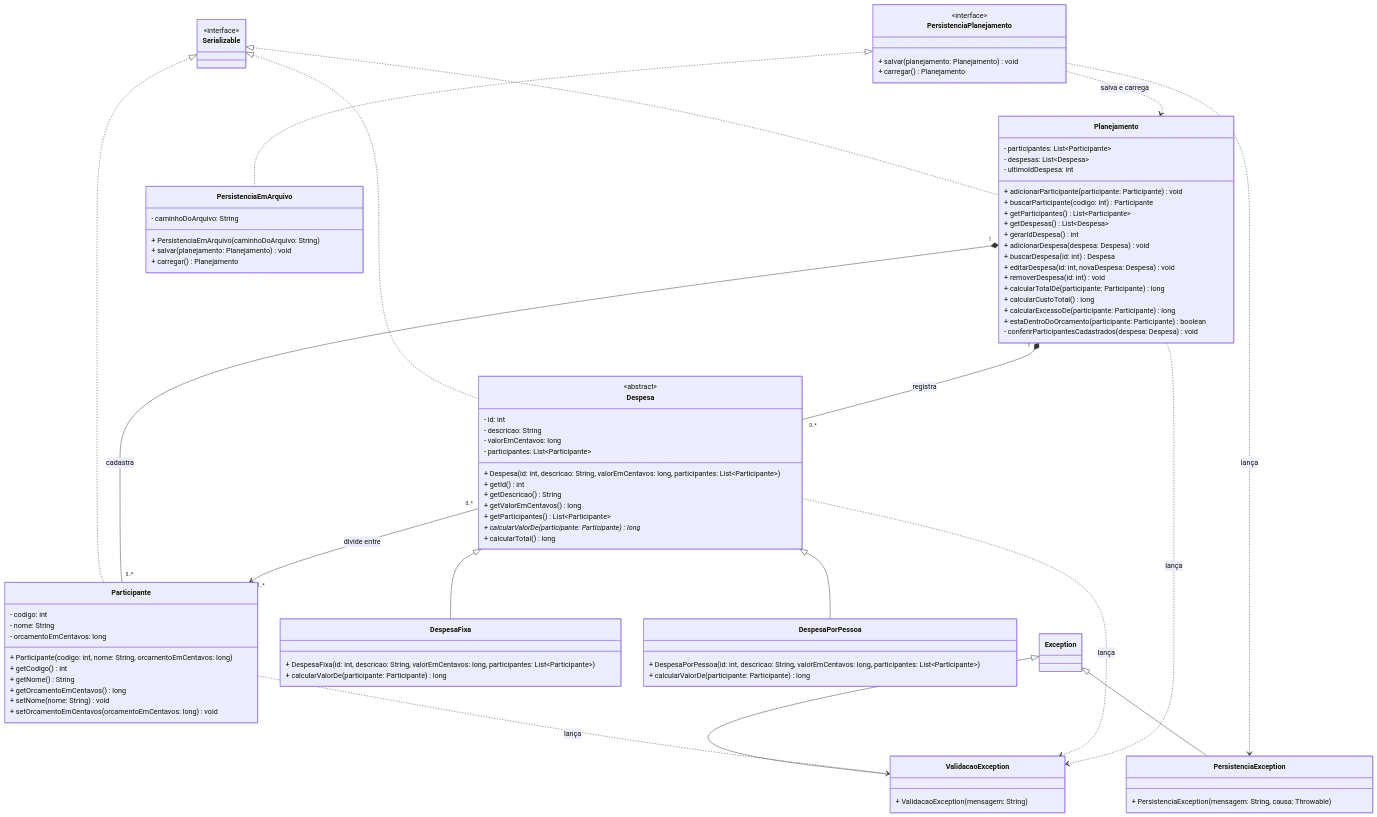
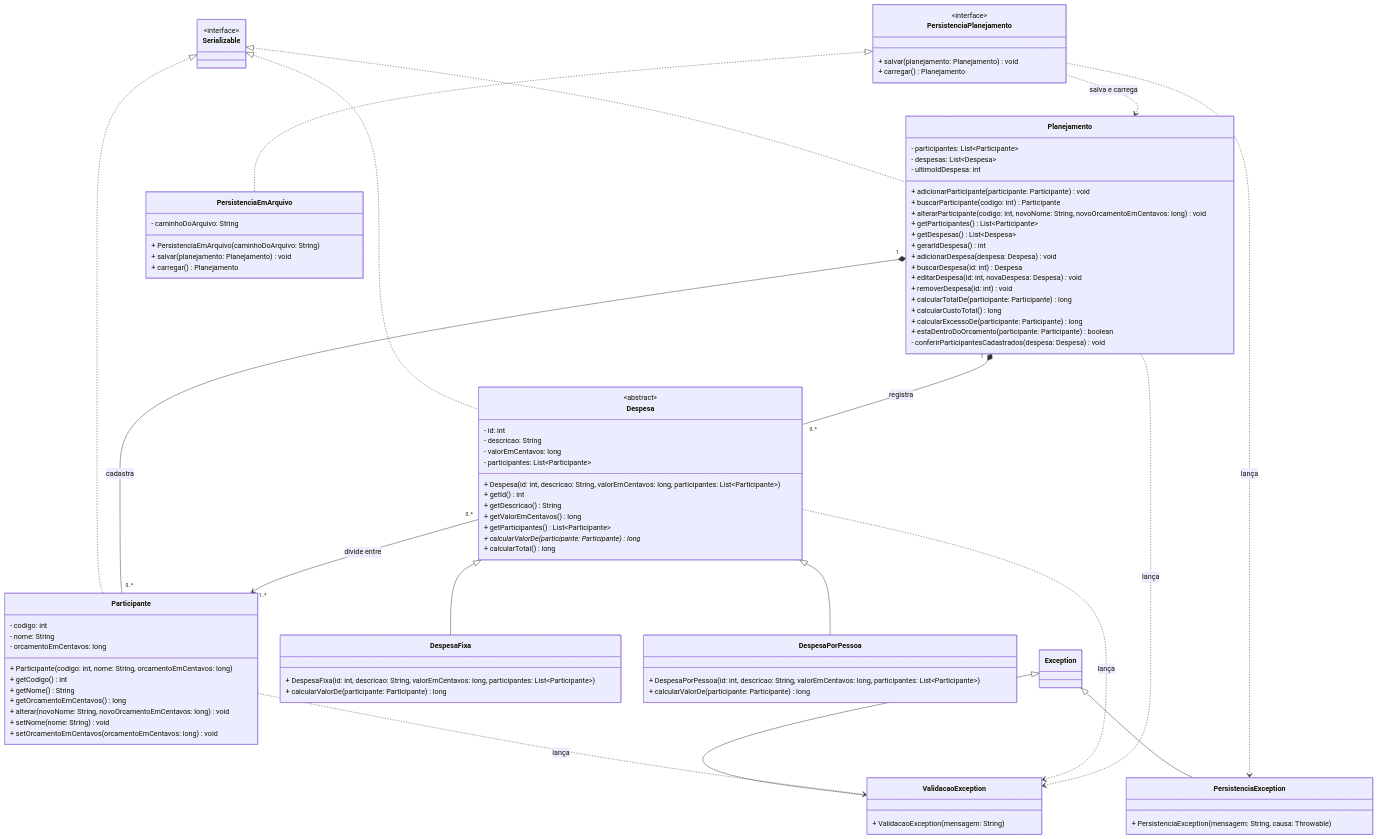
Before and after one commit to samuelbatista/unifor-poo-gestor-financas: the diagram in docs/uml.md, drawn with Mermaid. The commit also changed 3 other files, not shown here.

Commit message:
fix: alterar participante com nome e orçamento juntos (tudo ou nada)

```diff
--- a/docs/uml.md
+++ b/docs/uml.md
@@ -20,7 +20,7 @@
         %% Método para o CRUD de Participante
         + adicionarParticipante(participante: Participante) void
         + buscarParticipante(codigo: int) Participante
-        %% Update será feito pelos setters do Participante
+        + alterarParticipante(codigo: int, novoNome: String, novoOrcamentoEmCentavos: long) void
         %% Delete (Pendente / Não obrigatório)
         
         %% Getters: Traz os valores
@@ -57,6 +57,9 @@
         + getCodigo() int
         + getNome() String
         + getOrcamentoEmCentavos() long
+        
+        %% Altera nome e orçamento juntos ("tudo ou nada")
+        + alterar(novoNome: String, novoOrcamentoEmCentavos: long) void
         
         %% Setters: Define os valores
         + setNome(nome: String) void
```
